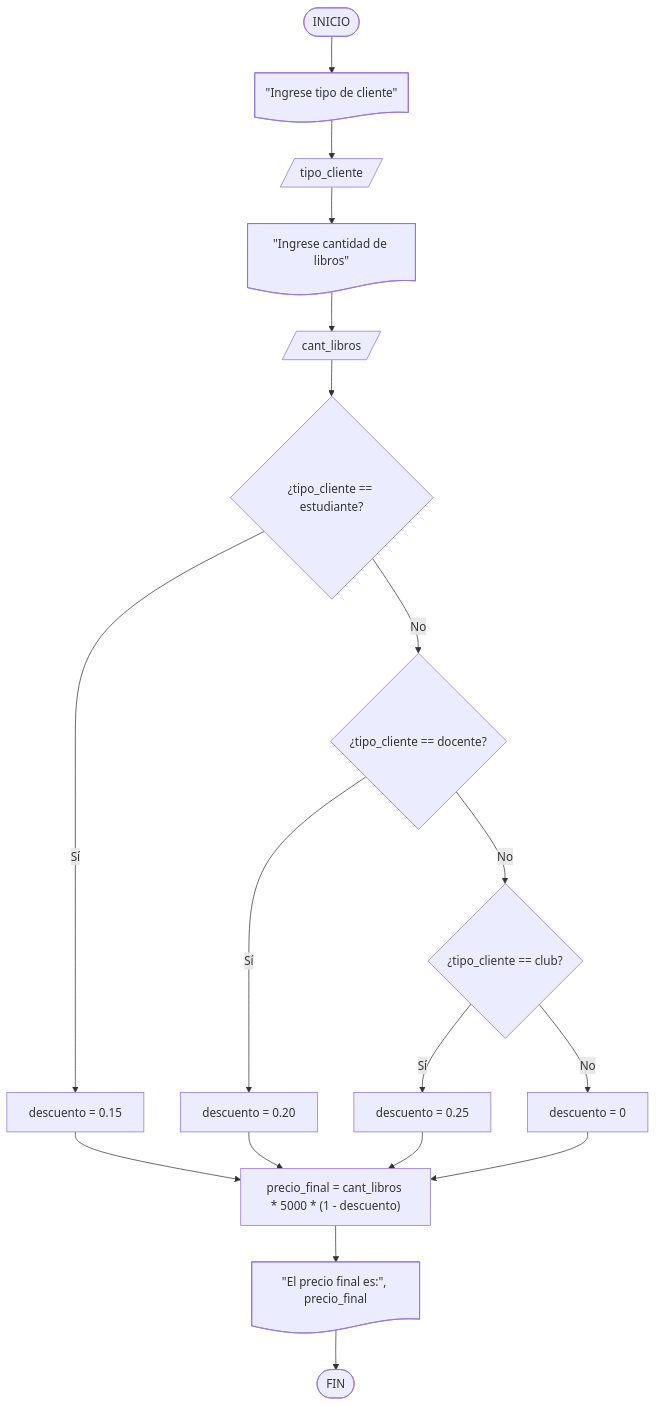
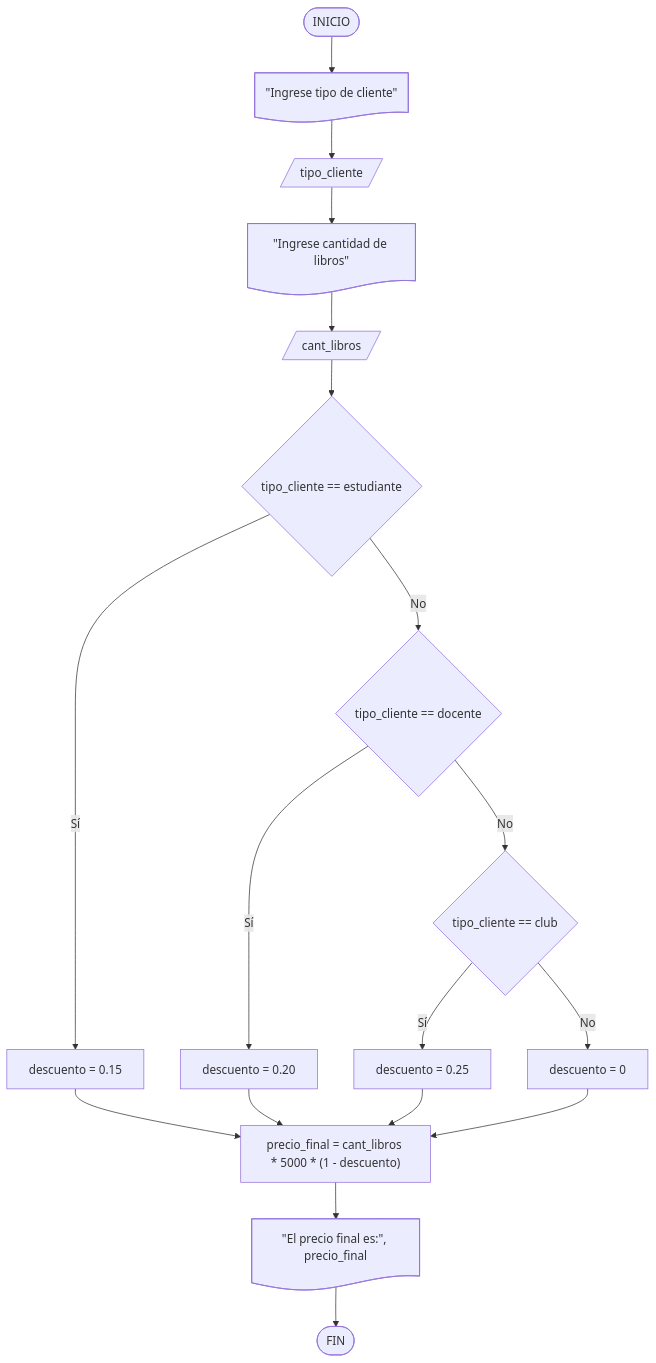
Before and after one commit to BenjaminSerrano/principios-programacion: the sixth of 6 diagrams in docs/core/introduction/flowcharts.md, drawn with Mermaid. The commit also changed other lines of this file and 4 other files, not shown here.

First line of the commit message:
Reorganizar contenido y unificar convenciones en diagramas de flujo

````diff
--- a/docs/core/introduction/flowcharts.md
+++ b/docs/core/introduction/flowcharts.md
@@ -350,20 +321,20 @@
     ``` mermaid
     flowchart TD
         A([INICIO]) --> B@{ shape: doc, label: "\"Ingrese tipo de cliente\"" }
         B --> C[/tipo_cliente/]
         C --> B2@{ shape: doc, label: "\"Ingrese cantidad de libros\"" }
         B2 --> C2[/cant_libros/]
-        C2 --> D{"¿tipo_cliente == estudiante?"}
+        C2 --> D{"tipo_cliente == estudiante"}
         D -->|Sí| E["descuento = 0.15"]
-        D -->|No| F{"¿tipo_cliente == docente?"}
+        D -->|No| F{"tipo_cliente == docente"}
         F -->|Sí| G["descuento = 0.20"]
-        F -->|No| H{"¿tipo_cliente == club?"}
+        F -->|No| H{"tipo_cliente == club"}
         H -->|Sí| I["descuento = 0.25"]
         H -->|No| J["descuento = 0"]
         E --> K["precio_final = cant_libros * 5000 * (1 - descuento)"]
         G --> K
         I --> K
         J --> K
         K --> L@{ shape: doc, label: "\"El precio final es:\", precio_final" }
         L --> M([FIN])
     ```
````
